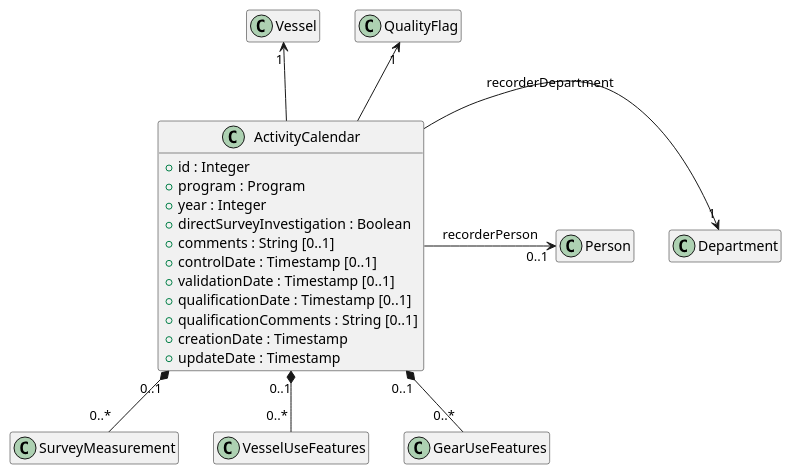
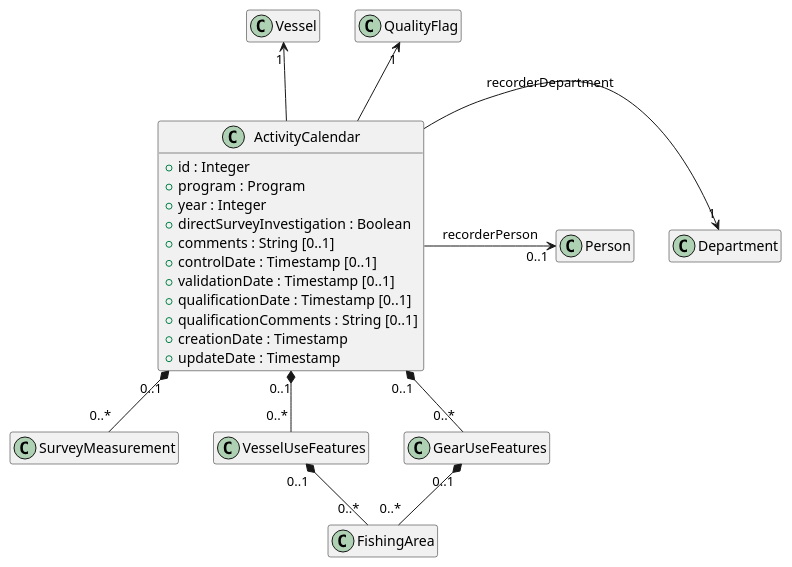
One commit to sumaris-net/sumaris-doc changed the diagram in model/data/activity-calendar.puml. Above: the diagram before and after it, drawn with PlantUML. The commit also changed 1 other file, not shown here.

Commit message:
[enh] Model: Add class diagram for Activity Calendar, Vesseg/Gear Use features, Fishing Area

```diff
--- a/model/data/activity-calendar.puml
+++ b/model/data/activity-calendar.puml
@@ -1,28 +1,31 @@
 @startuml
 hide empty members
 
 class ActivityCalendar {
     +id : Integer
     +program : Program
     +year : Integer
     +directSurveyInvestigation : Boolean
     +comments : String [0..1]
     +controlDate : Timestamp [0..1]
     +validationDate : Timestamp [0..1]
     +qualificationDate : Timestamp [0..1]
     +qualificationComments : String [0..1]
     +creationDate : Timestamp
     +updateDate : Timestamp
 }
 
 ActivityCalendar -up-> "1" QualityFlag
 ActivityCalendar -up-> "1" Vessel
 
 ActivityCalendar -right-> "1" Department: "recorderDepartment"
 ActivityCalendar -right-> "0..1" Person: "recorderPerson"
 
 ActivityCalendar "0..1" *-- "0..*" SurveyMeasurement
 ActivityCalendar "0..1" *-- "0..*" VesselUseFeatures
 ActivityCalendar "0..1" *-- "0..*" GearUseFeatures
 
+VesselUseFeatures "0..1" *-- "0..*" FishingArea
+GearUseFeatures "0..1" *-- "0..*" FishingArea
+
 @enduml
```
